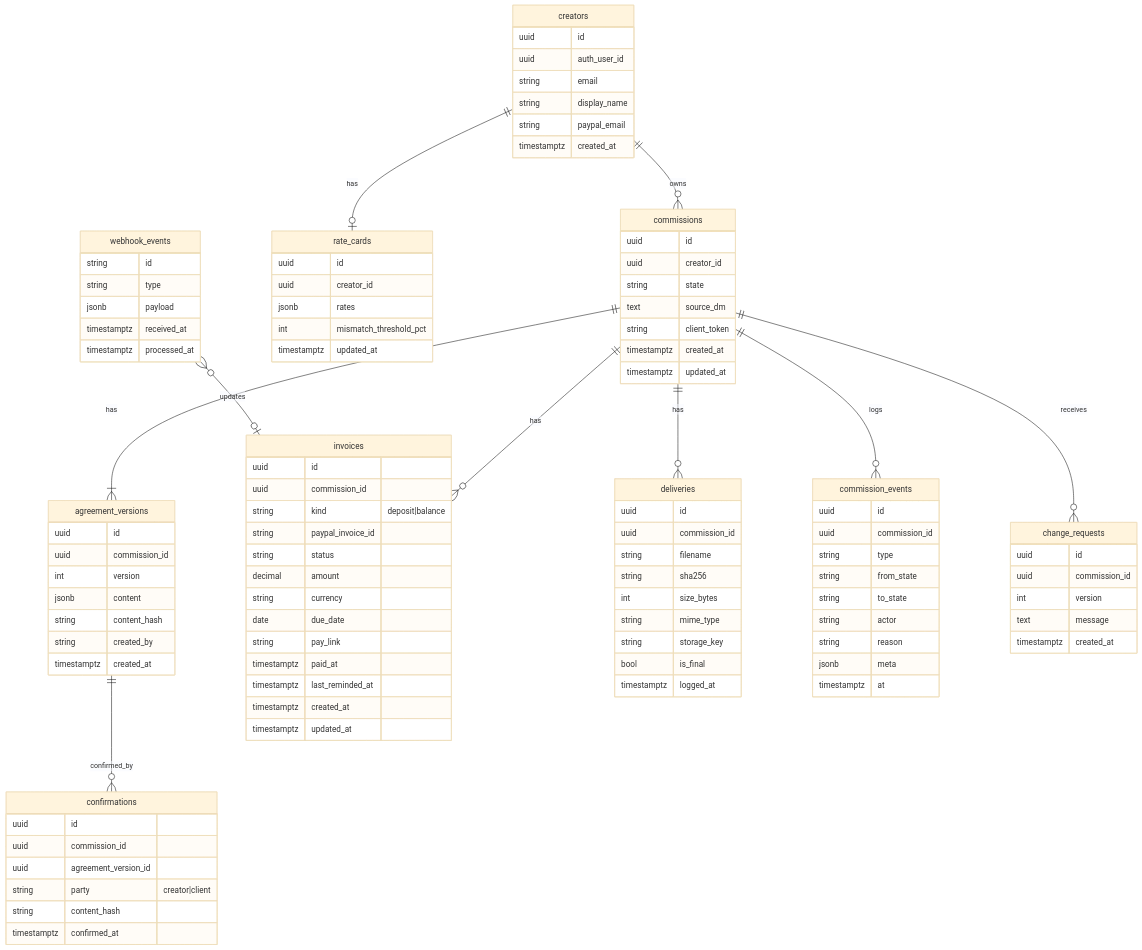
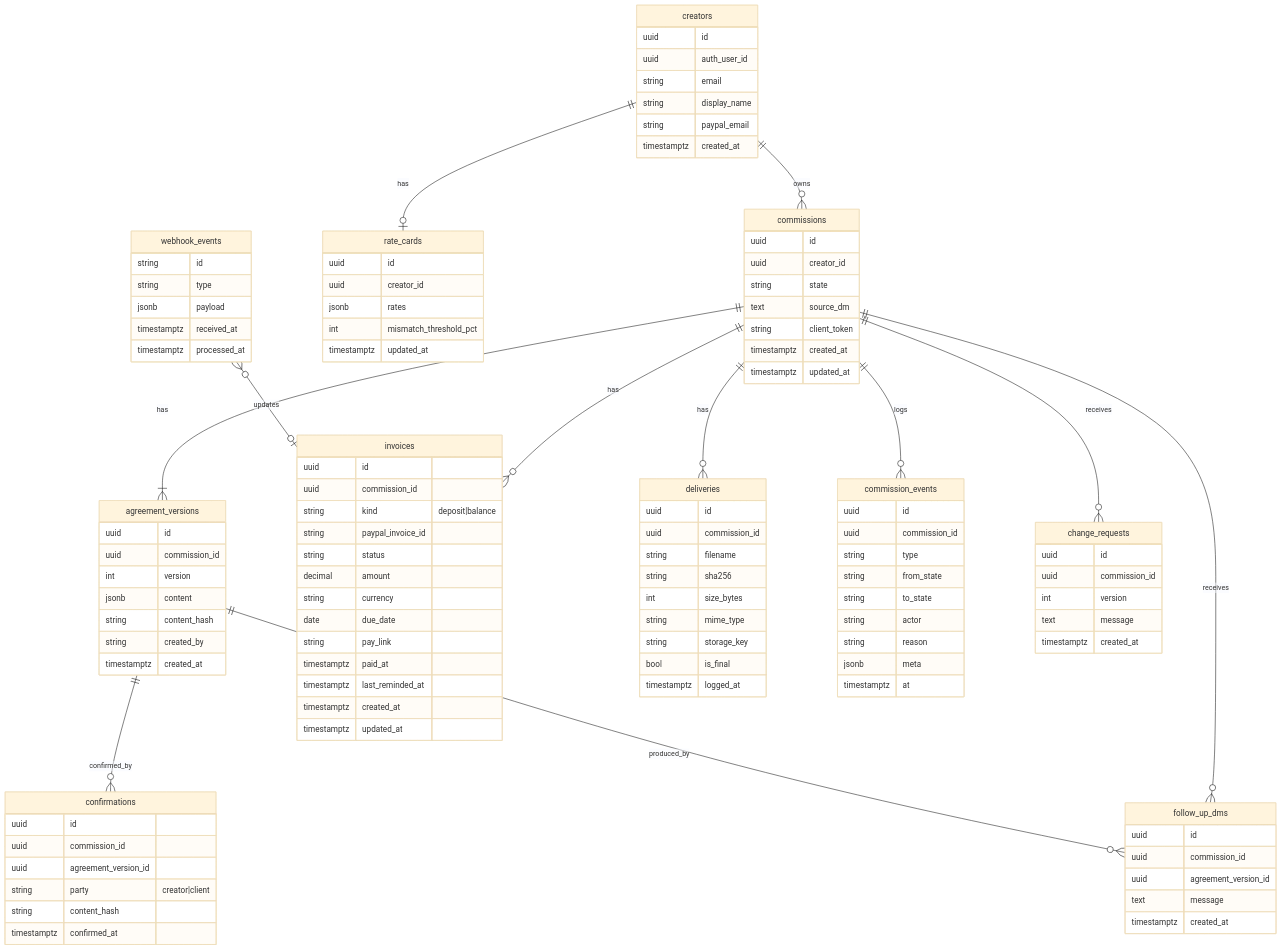
Before and after one commit to srios000/dmpact: the third of 5 diagrams in docs/architecture.md, drawn with Mermaid (base theme). The commit also changed other lines of this file and 25 other files, not shown here.

````diff
--- a/docs/architecture.md
+++ b/docs/architecture.md
@@ -132,23 +132,26 @@
 ```mermaid
 erDiagram
   creators ||--o{ commissions : owns
   creators ||--o| rate_cards : has
   commissions ||--|{ agreement_versions : has
   agreement_versions ||--o{ confirmations : confirmed_by
   commissions ||--o{ invoices : has
   commissions ||--o{ deliveries : has
   commissions ||--o{ commission_events : logs
   commissions ||--o{ change_requests : receives
+  commissions ||--o{ follow_up_dms : receives
+  agreement_versions ||--o{ follow_up_dms : produced_by
   webhook_events }o--o| invoices : updates
 
   creators { uuid id  uuid auth_user_id  string email  string display_name  string paypal_email  timestamptz created_at }
   commissions { uuid id  uuid creator_id  string state  text source_dm  string client_token  timestamptz created_at  timestamptz updated_at }
   agreement_versions { uuid id  uuid commission_id  int version  jsonb content  string content_hash  string created_by  timestamptz created_at }
   confirmations { uuid id  uuid commission_id  uuid agreement_version_id  string party "creator|client"  string content_hash  timestamptz confirmed_at }
   invoices { uuid id  uuid commission_id  string kind "deposit|balance"  string paypal_invoice_id  string status  decimal amount  string currency  date due_date  string pay_link  timestamptz paid_at  timestamptz last_reminded_at  timestamptz created_at  timestamptz updated_at }
   deliveries { uuid id  uuid commission_id  string filename  string sha256  int size_bytes  string mime_type  string storage_key  bool is_final  timestamptz logged_at }
   commission_events { uuid id  uuid commission_id  string type  string from_state  string to_state  string actor  string reason  jsonb meta  timestamptz at }
   change_requests { uuid id  uuid commission_id  int version  text message  timestamptz created_at }
+  follow_up_dms { uuid id  uuid commission_id  uuid agreement_version_id  text message  timestamptz created_at }
   rate_cards { uuid id  uuid creator_id  jsonb rates  int mismatch_threshold_pct  timestamptz updated_at }
   webhook_events { string id  string type  jsonb payload  timestamptz received_at  timestamptz processed_at }
 ```
````
